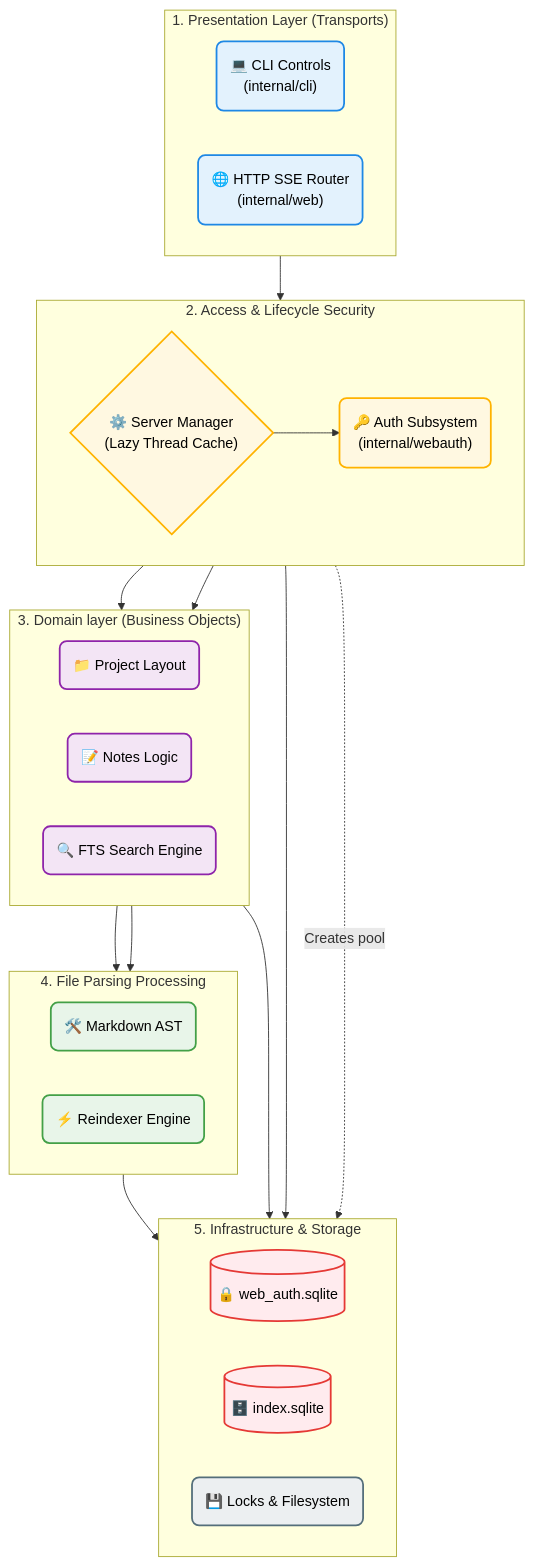
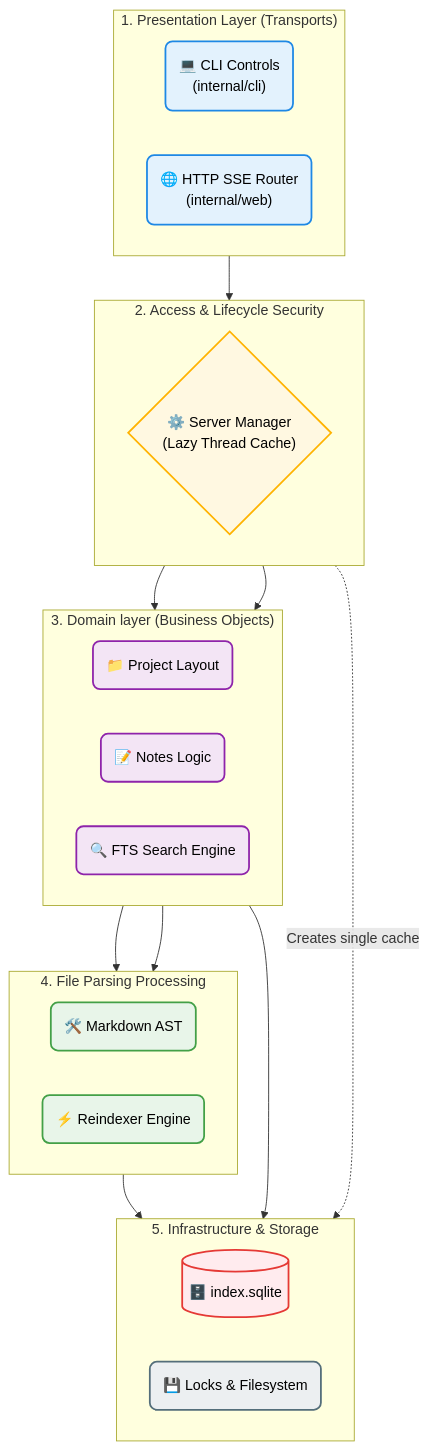
The second of 2 diagrams in README.md (ilyachch/mnemonic), drawn with Mermaid before and after one commit. The commit also changed other lines of this file and 13 other files, not shown here.

````diff
--- a/README.md
+++ b/README.md
@@ -307,59 +247,55 @@
 ```mermaid
 flowchart TD
     %% Styling
     classDef entry fill:#e3f2fd,stroke:#1e88e5,stroke-width:2px,color:#000,rx:8px,ry:8px
     classDef core fill:#fff8e1,stroke:#ffb300,stroke-width:2px,color:#000,rx:8px,ry:8px
     classDef domain fill:#f3e5f5,stroke:#8e24aa,stroke-width:2px,color:#000,rx:8px,ry:8px
     classDef engine fill:#e8f5e9,stroke:#43a047,stroke-width:2px,color:#000,rx:8px,ry:8px
     classDef infra fill:#eceff1,stroke:#546e7a,stroke-width:2px,color:#000,rx:8px,ry:8px
     classDef db fill:#ffebee,stroke:#e53935,stroke-width:2px,color:#000,rx:8px,ry:8px
 
     %% Layers
     subgraph Entry ["1. Presentation Layer (Transports)"]
         direction LR
         CLI("💻 CLI Controls\n(internal/cli)"):::entry
         WebServe("🌐 HTTP SSE Router\n(internal/web)"):::entry
     end
 
     subgraph Core ["2. Access & Lifecycle Security"]
         direction LR
         Manager{"⚙️ Server Manager\n(Lazy Thread Cache)"}:::core
-        AuthStore("🔑 Auth Subsystem\n(internal/webauth)"):::core
     end
 
     subgraph Domain ["3. Domain layer (Business Objects)"]
         direction LR
         Proj("📁 Project Layout"):::domain
         Notes("📝 Notes Logic"):::domain
         Search("🔍 FTS Search Engine"):::domain
     end
 
     subgraph Engines ["4. File Parsing Processing"]
         direction LR
         MD("🛠️ Markdown AST"):::engine
         Idx("⚡ Reindexer Engine"):::engine
     end
 
     subgraph Infra ["5. Infrastructure & Storage"]
         direction LR
-        AuthDB[("🔒 web_auth.sqlite")]:::db
         IndexDB[("🗄️ index.sqlite")]:::db
         Sys("💾 Locks & Filesystem"):::infra
     end
 
     %% Flow: Web Routing & Guarding
     WebServe --> Manager
-    Manager --> AuthStore
-    AuthStore --> AuthDB
 
     %% Flow: Instance Lazy Hydration
-    Manager -. Creates pool .-> IndexDB
+    Manager -. Creates single cache .-> IndexDB
     Manager --> Proj
     Manager --> Notes
 
     %% Flow: Processing Boundary
     Notes --> MD
     Notes --> Sys
     Search --> Idx
     Idx --> IndexDB
 ```
````
